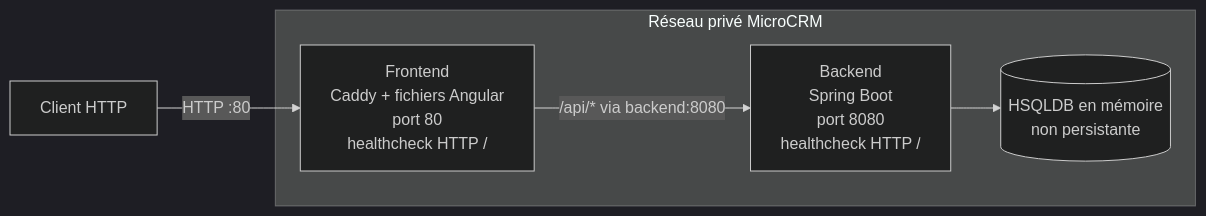
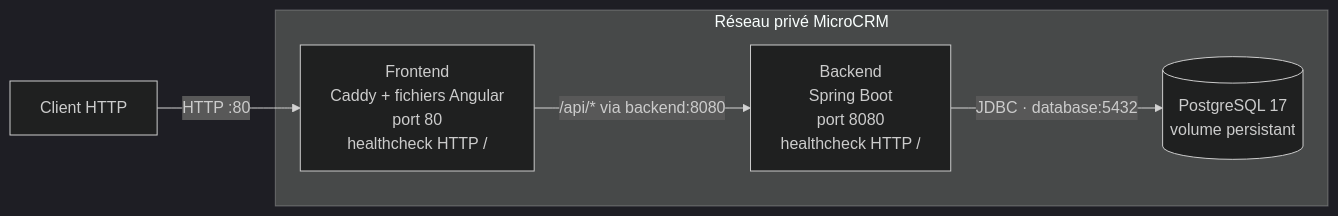
One commit to jrdora31/p6-devops-strategy changed the diagram in documentation/diagrammes/architecture_conteneurs.md. Above: the diagram before and after it, drawn with Mermaid (dark theme). The commit also changed other lines of this file and 12 other files, not shown here.

Commit message:
feat(database): ajouter PostgreSQL et les migrations Liquibase

````diff
--- a/documentation/diagrammes/architecture_conteneurs.md
+++ b/documentation/diagrammes/architecture_conteneurs.md
@@ -6,15 +6,15 @@
 ```mermaid
 flowchart LR
     user[Client HTTP]
 
     subgraph network[Réseau privé MicroCRM]
         front["Frontend\nCaddy + fichiers Angular\nport 80\nhealthcheck HTTP /"]
         back["Backend\nSpring Boot\nport 8080\nhealthcheck HTTP /"]
-        data[("HSQLDB en mémoire\nnon persistante")]
+        data[("PostgreSQL 17\nvolume persistant")]
 
         front -->|"/api/* via backend:8080"| back
-        back --> data
+        back -->|"JDBC · database:5432"| data
     end
 
     user -->|"HTTP :80"| front
 ```
````
